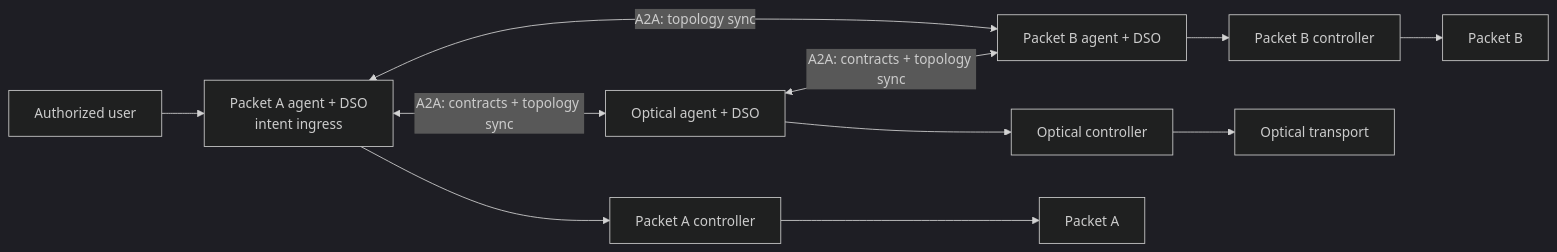
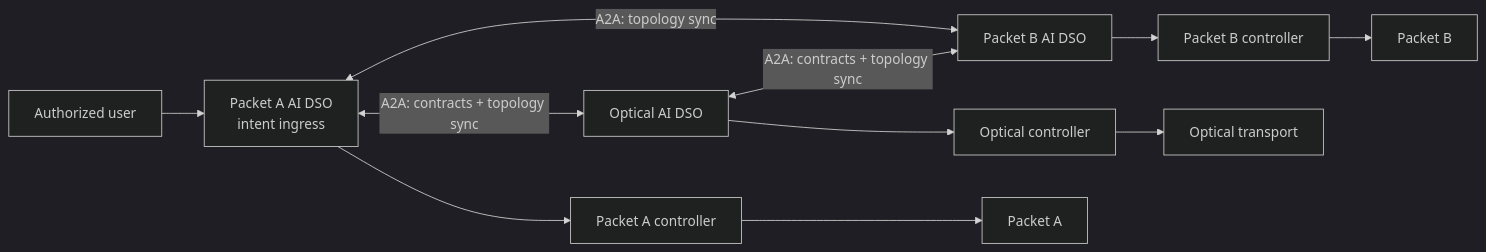
The first of 22 diagrams in docs/domain-agent-architecture.md (allenabishekGithub/inter-domain-automatedNetworking), drawn with Mermaid (dark theme) before and after one commit. The commit also changed other lines of this file and 5 other files, not shown here.

````diff
--- a/docs/domain-agent-architecture.md
+++ b/docs/domain-agent-architecture.md
@@ -29,13 +37,13 @@
 ```mermaid
 flowchart LR
-    U[Authorized user] --> A[Packet A agent + DSO\nintent ingress]
-    A <-->|A2A: contracts + topology sync| O[Optical agent + DSO]
-    O <-->|A2A: contracts + topology sync| B[Packet B agent + DSO]
+    U[Authorized user] --> A[Packet A AI DSO\nintent ingress]
+    A <-->|A2A: contracts + topology sync| O[Optical AI DSO]
+    O <-->|A2A: contracts + topology sync| B[Packet B AI DSO]
     A <-->|A2A: topology sync| B
     A --> CA[Packet A controller]
     O --> CO[Optical controller]
     B --> CB[Packet B controller]
     CA --> P[Packet A]
     CO --> T[Optical transport]
     CB --> Q[Packet B]
 ```
````
